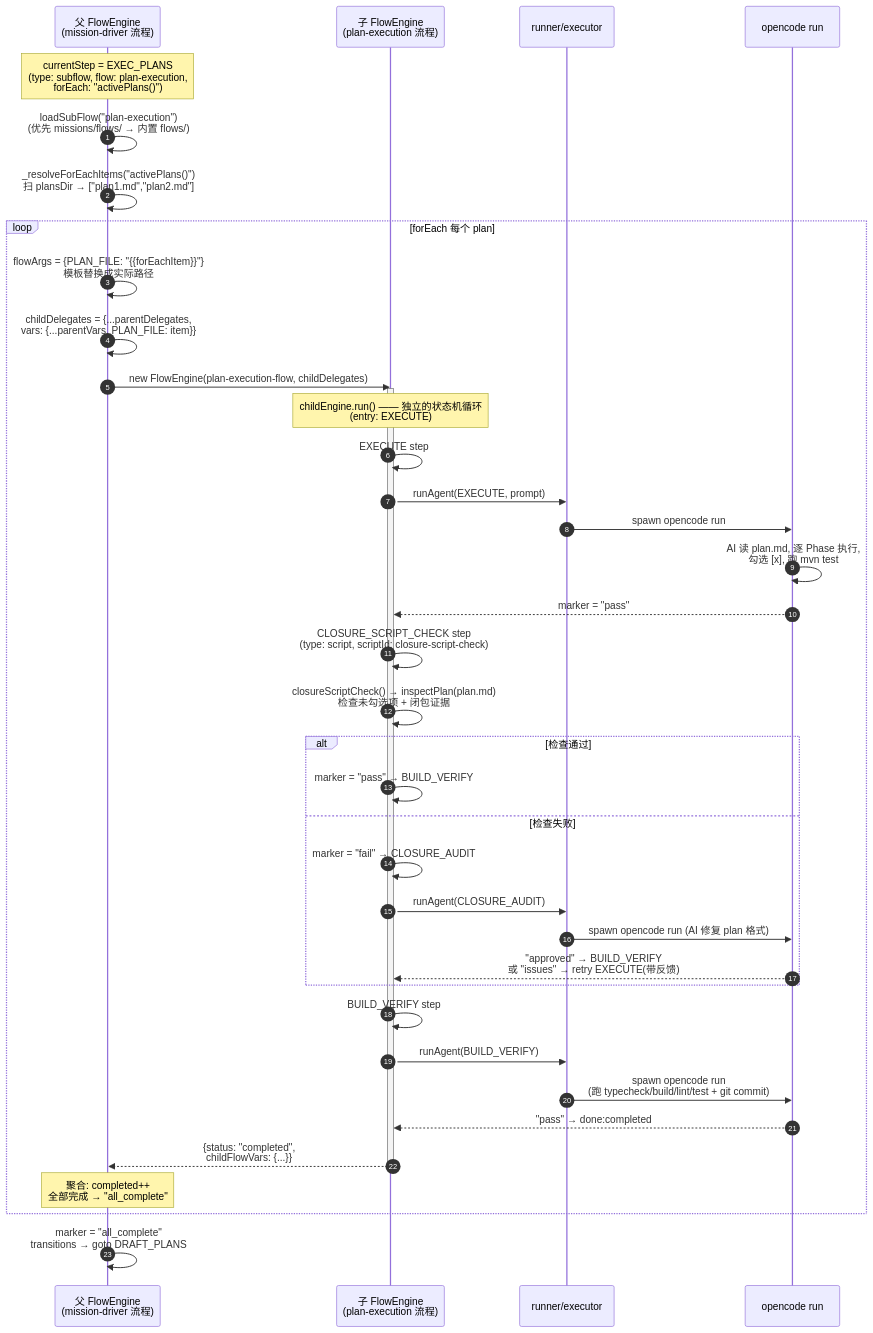
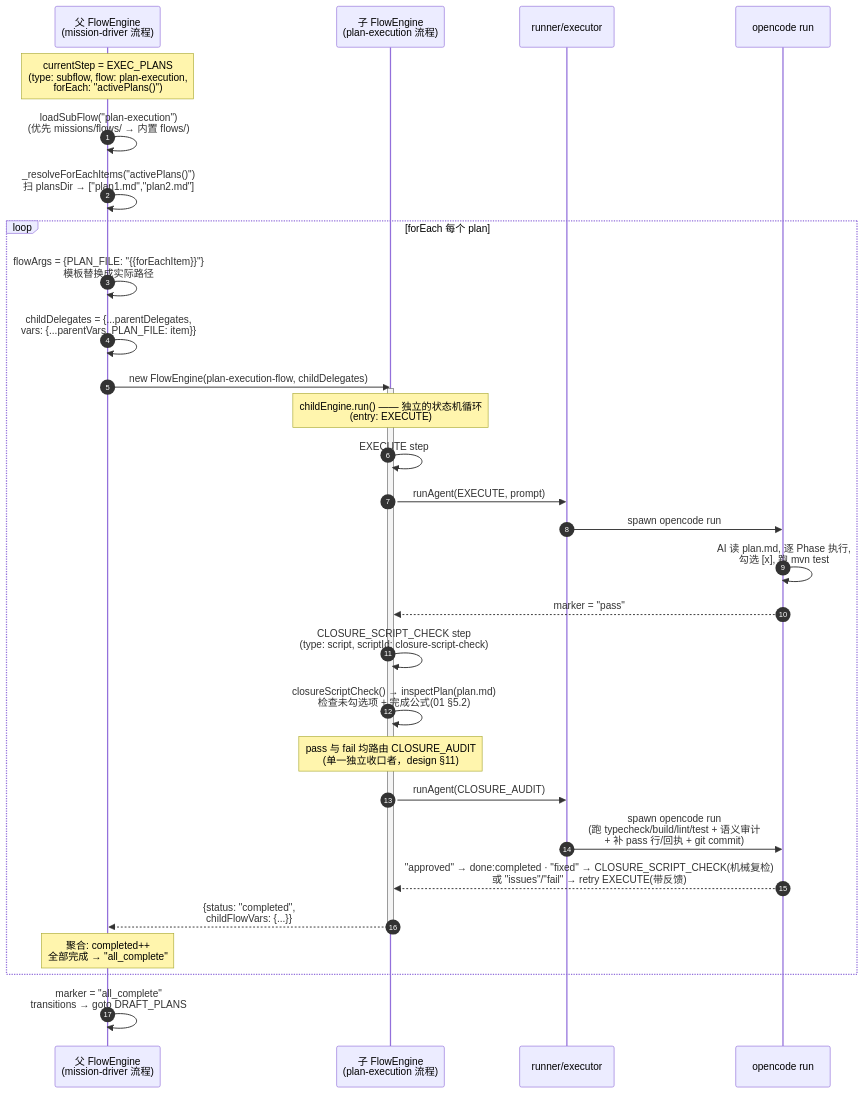
Before and after one commit to entropy-cloud/attractor-guided-engineering-template: the fifth of 10 diagrams in tools/mission-driver/EXECUTION-PRINCIPLE.md, drawn with Mermaid. The commit also changed 13 other files, not shown here.

First line of the commit message:
feat(mission-driver): 闭门闸合并——BUILD_VERIFY 解散入 CLOSURE_AUDIT 单一独立收口者

````diff
--- a/tools/mission-driver/EXECUTION-PRINCIPLE.md
+++ b/tools/mission-driver/EXECUTION-PRINCIPLE.md
@@ -323,49 +323,40 @@
 ```mermaid
 sequenceDiagram
     autonumber
     participant Parent as 父 FlowEngine<br/>(mission-driver 流程)
     participant Child as 子 FlowEngine<br/>(plan-execution 流程)
     participant Runner as runner/executor
     participant OC as opencode run
 
     Note over Parent: currentStep = EXEC_PLANS<br/>(type: subflow, flow: plan-execution,<br/>forEach: "activePlans()")
 
     Parent->>Parent: loadSubFlow("plan-execution")<br/>(优先 missions/flows/ → 内置 flows/)
     Parent->>Parent: _resolveForEachItems("activePlans()")<br/>扫 plansDir → ["plan1.md","plan2.md"]
 
     loop forEach 每个 plan
         Parent->>Parent: flowArgs = {PLAN_FILE: "{{forEachItem}}"}<br/>模板替换成实际路径
         Parent->>Parent: childDelegates = {...parentDelegates,<br/>vars: {...parentVars, PLAN_FILE: item}}
         Parent->>Child: new FlowEngine(plan-execution-flow, childDelegates)
         activate Child
         Note over Child: childEngine.run() —— 独立的状态机循环<br/>(entry: EXECUTE)
 
         Child->>Child: EXECUTE step
         Child->>Runner: runAgent(EXECUTE, prompt)
         Runner->>OC: spawn opencode run
         OC->>OC: AI 读 plan.md, 逐 Phase 执行,<br/>勾选 [x], 跑 mvn test
         OC-->>Child: marker = "pass"
 
         Child->>Child: CLOSURE_SCRIPT_CHECK step<br/>(type: script, scriptId: closure-script-check)
-        Child->>Child: closureScriptCheck() → inspectPlan(plan.md)<br/>检查未勾选项 + 闭包证据
-        alt 检查通过
-            Child->>Child: marker = "pass" → BUILD_VERIFY
-        else 检查失败
-            Child->>Child: marker = "fail" → CLOSURE_AUDIT
-            Child->>Runner: runAgent(CLOSURE_AUDIT)
-            Runner->>OC: spawn opencode run (AI 修复 plan 格式)
-            OC-->>Child: "approved" → BUILD_VERIFY<br/>或 "issues" → retry EXECUTE(带反馈)
-        end
-
-        Child->>Child: BUILD_VERIFY step
-        Child->>Runner: runAgent(BUILD_VERIFY)
-        Runner->>OC: spawn opencode run<br/>(跑 typecheck/build/lint/test + git commit)
-        OC-->>Child: "pass" → done:completed
+        Child->>Child: closureScriptCheck() → inspectPlan(plan.md)<br/>检查未勾选项 + 完成公式(01 §5.2)
+        Note over Child: pass 与 fail 均路由 CLOSURE_AUDIT<br/>(单一独立收口者，design §11)
+        Child->>Runner: runAgent(CLOSURE_AUDIT)
+        Runner->>OC: spawn opencode run<br/>(跑 typecheck/build/lint/test + 语义审计<br/>+ 补 pass 行/回执 + git commit)
+        OC-->>Child: "approved" → done:completed · "fixed" → CLOSURE_SCRIPT_CHECK(机械复检)<br/>或 "issues"/"fail" → retry EXECUTE(带反馈)
 
         Child-->>Parent: {status: "completed",<br/>childFlowVars: {...}}
         deactivate Child
         Note over Parent: 聚合: completed++<br/>全部完成 → "all_complete"
     end
 
     Parent->>Parent: marker = "all_complete"<br/>transitions → goto DRAFT_PLANS
 ```
````
